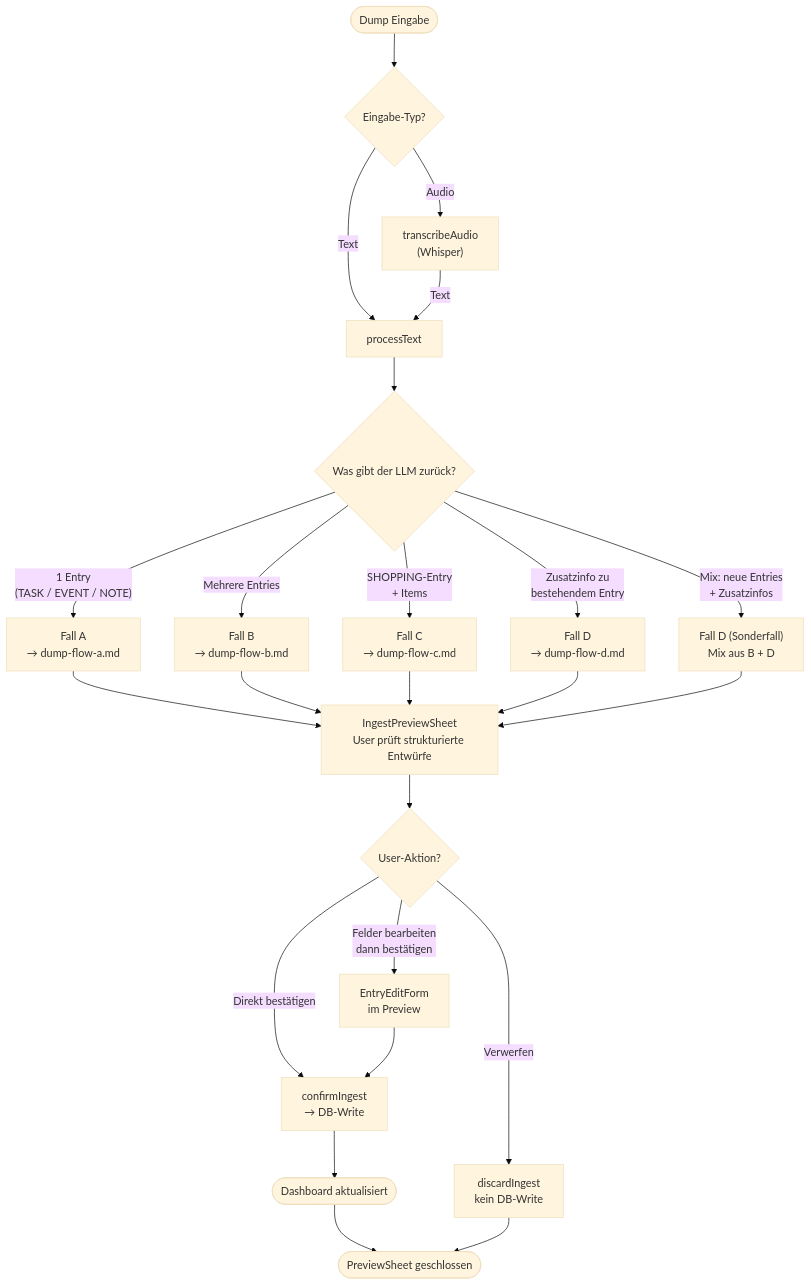
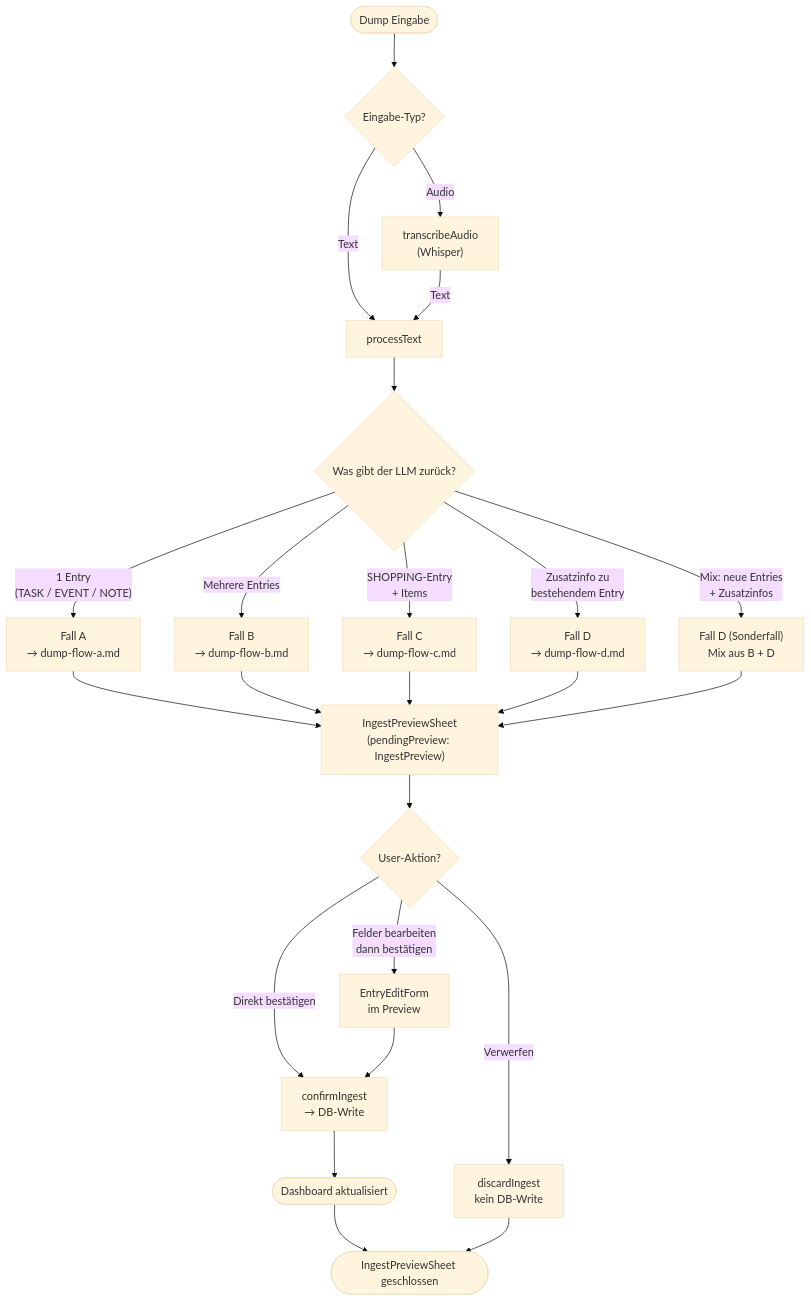
The diagram in docs/DIAGRAMS/dump-flow-overview.md (mrLevvis/braindump-pwa), drawn with Mermaid (base theme) before and after one commit. The commit also changed 2 other files, not shown here.

Commit message:
docs(diagrams): Terminologie an Codebase-Begriffe angeglichen
- "Draft" / "Draft-Karte" → EntryDraft (Typ aus BrainDump.ts)
- "drafts" / "pendingPreview.drafts" statt freier Umschreibungen
- "PreviewSheet" → immer IngestPreviewSheet (vollständiger Name)
- "User prüft strukturierte Entwürfe" → (pendingPreview: IngestPreview)

````diff
--- a/docs/DIAGRAMS/dump-flow-overview.md
+++ b/docs/DIAGRAMS/dump-flow-overview.md
@@ -6,29 +6,29 @@
 ```mermaid
 flowchart TD
     START([Dump Eingabe]) --> INPUT_TYPE{Eingabe-Typ?}
 
     INPUT_TYPE -- Text --> PROCESS[processText]
     INPUT_TYPE -- Audio --> TRANSCRIBE["transcribeAudio\n(Whisper)"]
     TRANSCRIBE -- Text --> PROCESS
 
     PROCESS --> LLM_RESULT{Was gibt der LLM zurück?}
 
     LLM_RESULT -- "1 Entry\n(TASK / EVENT / NOTE)" --> CASE_A["Fall A\n→ dump-flow-a.md"]
     LLM_RESULT -- "Mehrere Entries" --> CASE_B["Fall B\n→ dump-flow-b.md"]
     LLM_RESULT -- "SHOPPING-Entry\n+ Items" --> CASE_C["Fall C\n→ dump-flow-c.md"]
     LLM_RESULT -- "Zusatzinfo zu\nbestehendem Entry" --> CASE_D["Fall D\n→ dump-flow-d.md"]
     LLM_RESULT -- "Mix: neue Entries\n+ Zusatzinfos" --> CASE_MIX["Fall D (Sonderfall)\nMix aus B + D"]
 
-    CASE_A & CASE_B & CASE_C & CASE_D & CASE_MIX --> PREVIEW["IngestPreviewSheet\nUser prüft strukturierte Entwürfe"]
+    CASE_A & CASE_B & CASE_C & CASE_D & CASE_MIX --> PREVIEW["IngestPreviewSheet\n(pendingPreview: IngestPreview)"]
 
     PREVIEW --> USER_ACTION{User-Aktion?}
 
     USER_ACTION -- "Direkt bestätigen" --> CONFIRM["confirmIngest\n→ DB-Write"]
     USER_ACTION -- "Felder bearbeiten\ndann bestätigen" --> EDIT["EntryEditForm\nim Preview"]
     EDIT --> CONFIRM
     USER_ACTION -- "Verwerfen" --> DISCARD["discardIngest\nkein DB-Write"]
 
     CONFIRM --> UPDATED_DASHBOARD([Dashboard aktualisiert])
-    UPDATED_DASHBOARD --> CLOSE([PreviewSheet geschlossen])
+    UPDATED_DASHBOARD --> CLOSE([IngestPreviewSheet geschlossen])
     DISCARD --> CLOSE
 ```
````
